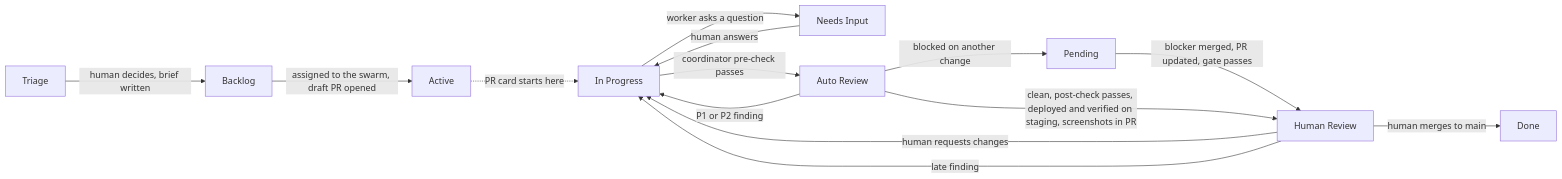
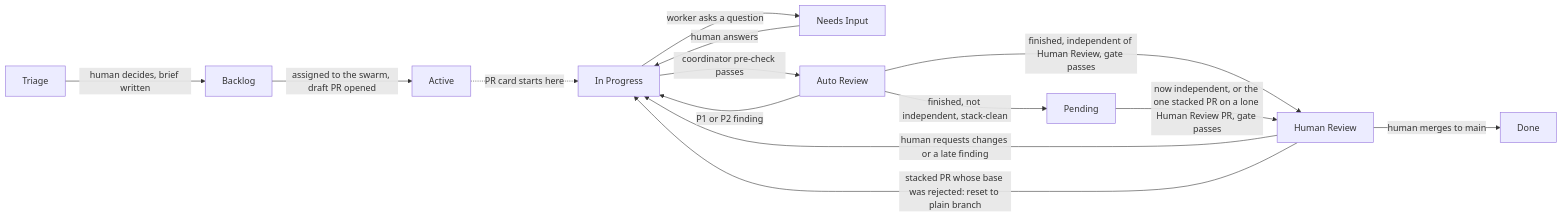
The diagram in workflow.md (tangentcode/methodology), drawn with Mermaid before and after one commit. The commit also changed other lines of this file and 5 other files, not shown here.

First line of the commit message:
Board: just-in-time Human Review (independent PRs, one stacked PR) and a stacked Pending buffer (#33) (#37)

````diff
--- a/workflow.md
+++ b/workflow.md
@@ -44,16 +44,16 @@
 ```mermaid
 flowchart LR
     T[Triage] -->|human decides, brief written| B[Backlog]
     B -->|assigned to the swarm, draft PR opened| AC[Active]
     AC -.->|PR card starts here| IP[In Progress]
     IP -->|worker asks a question| NI[Needs Input]
     NI -->|human answers| IP
     IP -->|coordinator pre-check passes| AR[Auto Review]
     AR -->|P1 or P2 finding| IP
-    AR -->|blocked on another change| P[Pending]
-    P -->|blocker merged, PR updated, gate passes| HR
-    AR -->|clean, post-check passes, deployed and verified on staging, screenshots in PR| HR[Human Review]
-    HR -->|human requests changes| IP
-    HR -->|late finding| IP
+    AR -->|finished, independent of Human Review, gate passes| HR[Human Review]
+    AR -->|finished, not independent, stack-clean| P[Pending]
+    P -->|now independent, or the one stacked PR on a lone Human Review PR, gate passes| HR
+    HR -->|human requests changes or a late finding| IP
+    HR -->|stacked PR whose base was rejected: reset to plain branch| IP
     HR -->|human merges to main| D[Done]
 ```
````
